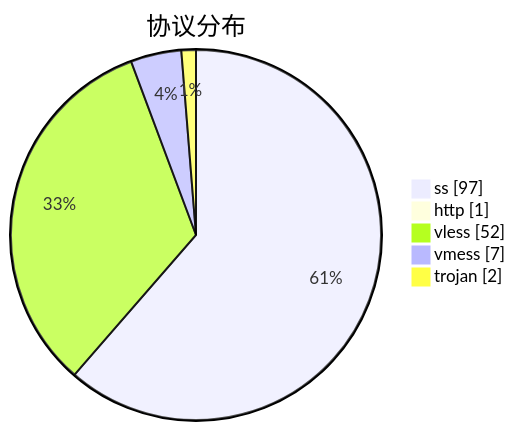
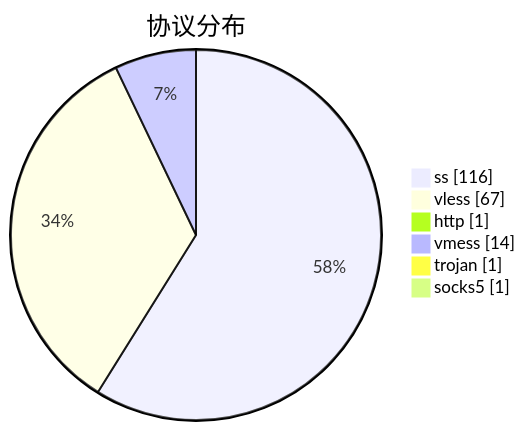
One commit to qjlxg/airport changed the third of 3 diagrams in subs/statistics/tested_within.md. Above: the diagram before and after it, drawn with Mermaid. The commit also changed other lines of this file and 2 other files, not shown here.

````diff
--- a/subs/statistics/tested_within.md
+++ b/subs/statistics/tested_within.md
@@ -31,9 +31,10 @@
 ```mermaid
 pie showData
 title 协议分布
-"ss" : 97
+"ss" : 116
+"vless" : 67
 "http" : 1
-"vless" : 52
-"vmess" : 7
-"trojan" : 2
+"vmess" : 14
+"trojan" : 1
+"socks5" : 1
 ```
````
